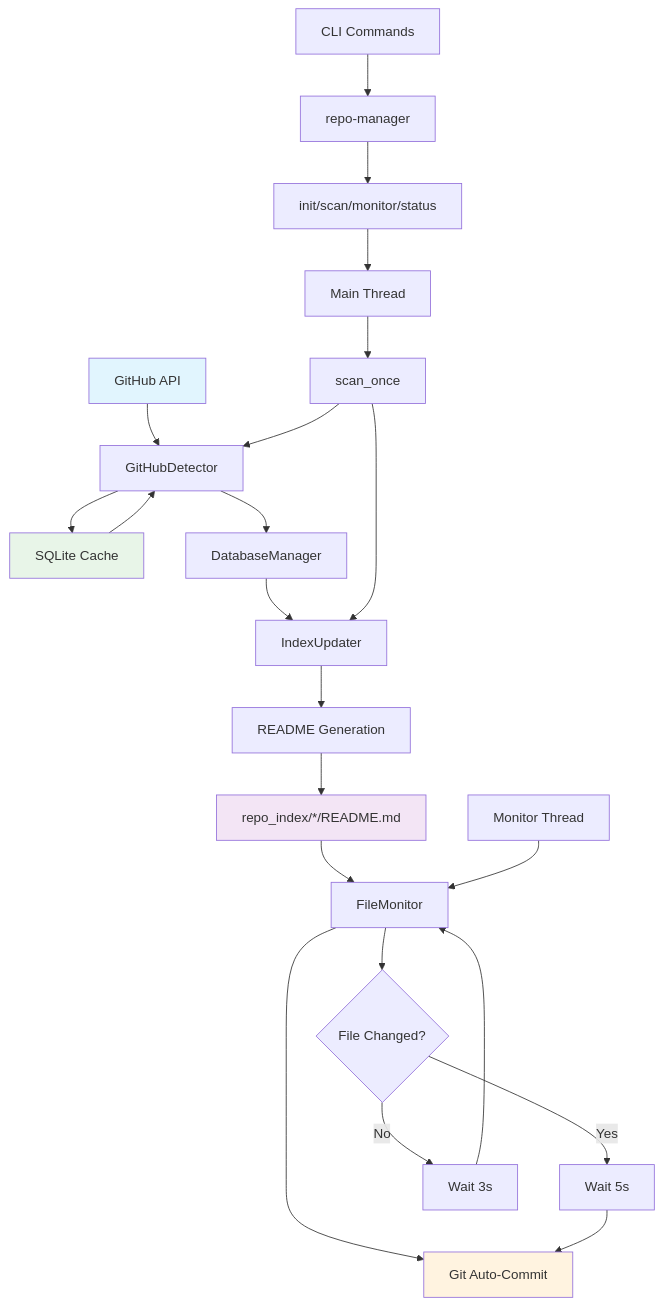
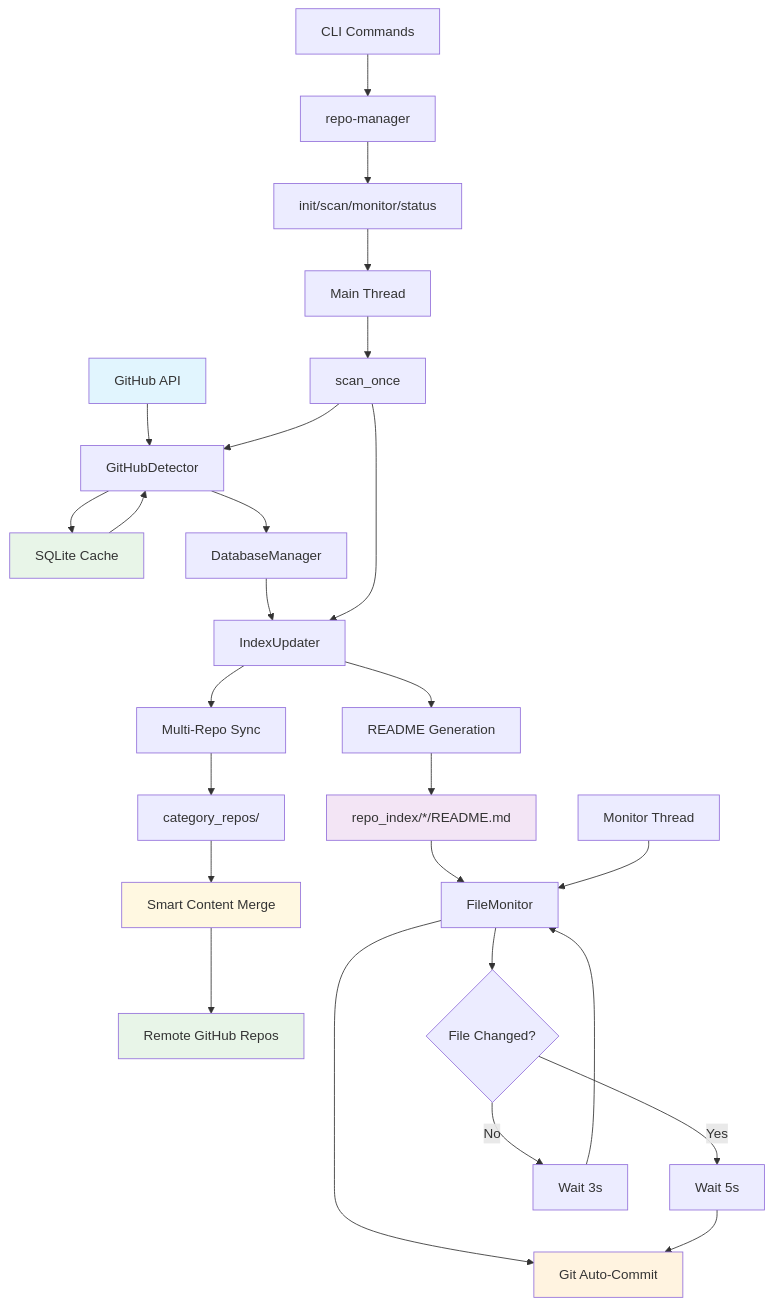
The diagram in README.md (APE-147/repo-management), drawn with Mermaid before and after one commit. The commit also changed other lines of this file and 1 other file, not shown here.

Commit message:
Auto-update: scan complete

````diff
--- a/README.md
+++ b/README.md
@@ -3,34 +3,41 @@
 ```mermaid
 graph TB
     A[GitHub API] --> B[GitHubDetector]
     B --> C[SQLite Cache]
     C --> B
     B --> D[DatabaseManager]
     
     E[repo_index/*/README.md] --> F[FileMonitor]
     F --> G[Git Auto-Commit]
     
     D --> H[IndexUpdater]
     H --> I[README Generation]
     I --> E
     
-    J[Main Thread] --> K[scan_once]
-    K --> B
-    K --> H
+    H --> J[Multi-Repo Sync]
+    J --> K[category_repos/]
+    K --> L[Smart Content Merge]
+    L --> M[Remote GitHub Repos]
     
-    L[Monitor Thread] --> F
-    F --> M{File Changed?}
-    M -->|Yes| N[Wait 5s]
-    N --> G
-    M -->|No| O[Wait 3s]
-    O --> F
+    N[Main Thread] --> O[scan_once]
+    O --> B
+    O --> H
     
-    P[CLI Commands] --> Q[repo-manager]
-    Q --> R[init/scan/monitor/status]
-    R --> J
+    P[Monitor Thread] --> F
+    F --> Q{File Changed?}
+    Q -->|Yes| R[Wait 5s]
+    R --> G
+    Q -->|No| S[Wait 3s]
+    S --> F
+    
+    T[CLI Commands] --> U[repo-manager]
+    U --> V[init/scan/monitor/status]
+    V --> N
     
     style A fill:#e1f5fe
     style E fill:#f3e5f5
     style C fill:#e8f5e8
     style G fill:#fff3e0
+    style L fill:#fff8e1
+    style M fill:#e8f5e8
 ```
````
